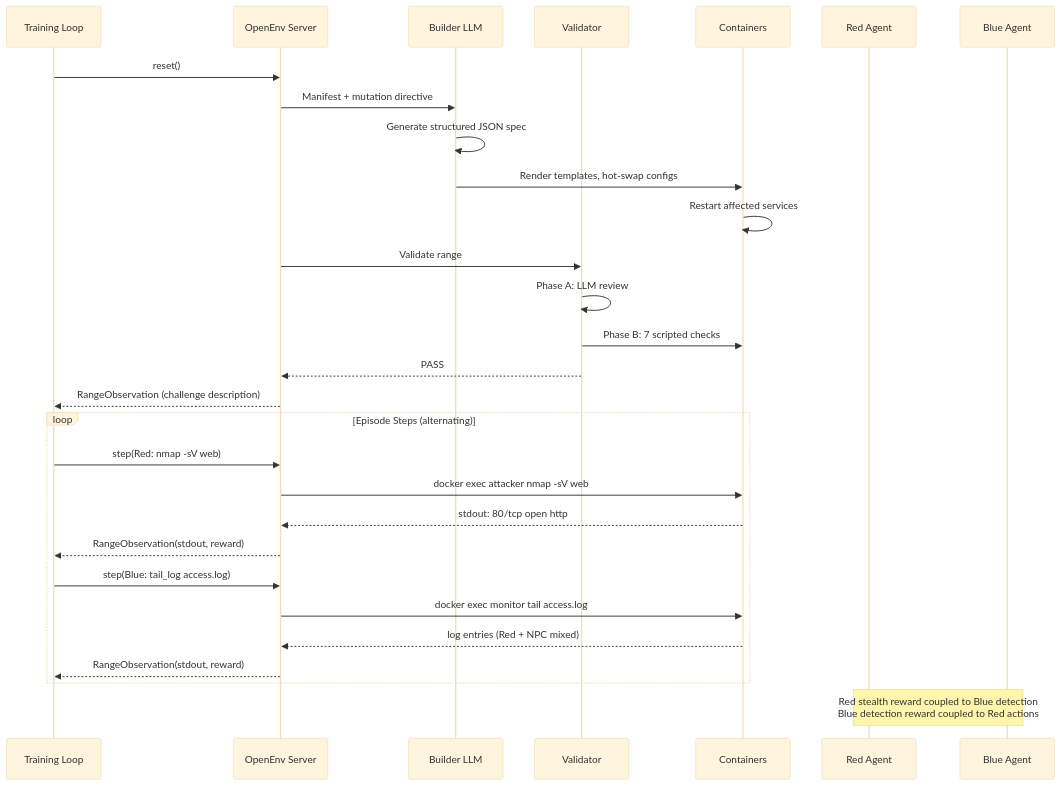
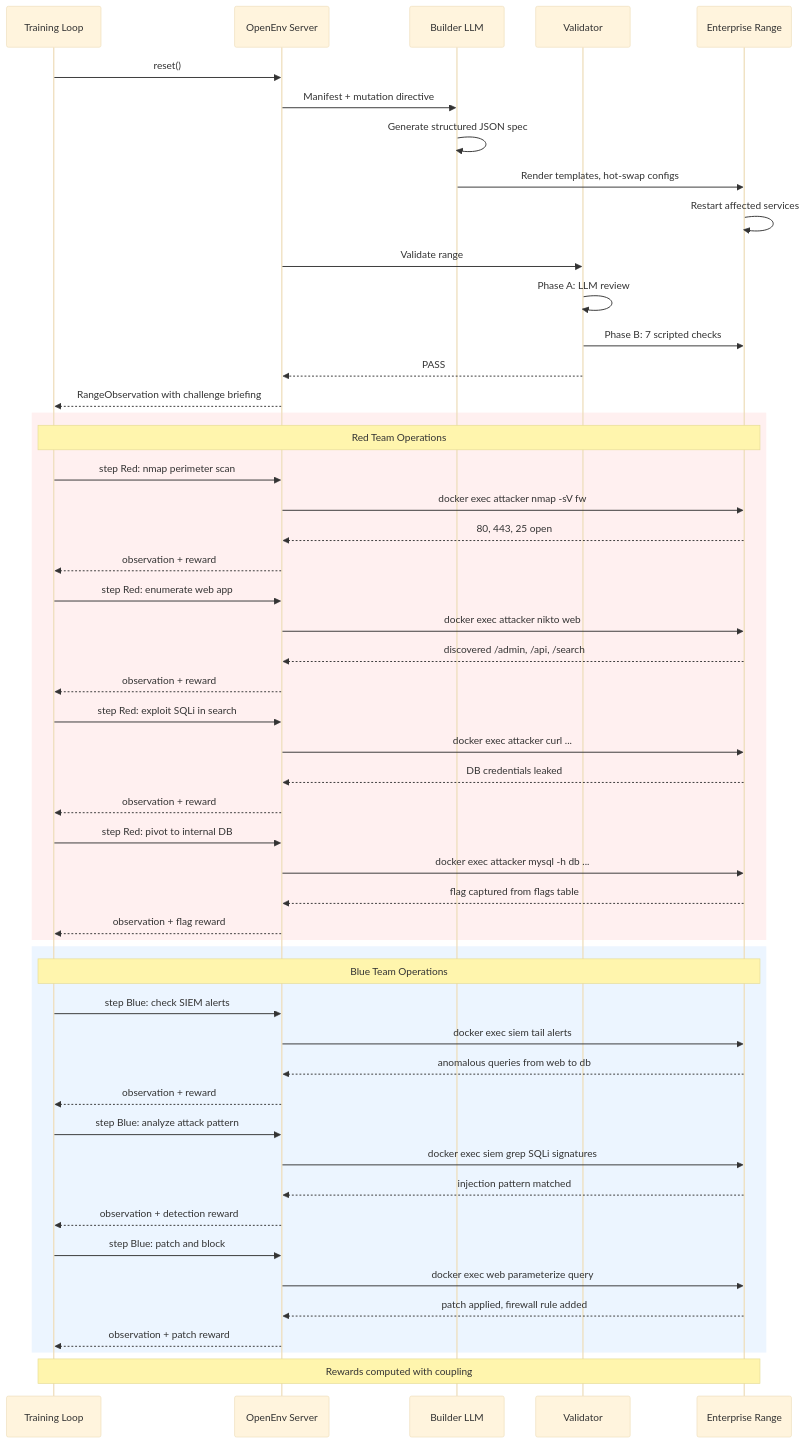
The third of 8 diagrams in README.md (open-cybernauts/open-range), drawn with Mermaid (base theme) before and after one commit. The commit also changed other lines of this file, not shown here.

Commit message:
Enterprise network topology ranges

````diff
--- a/README.md
+++ b/README.md
@@ -64,35 +127,62 @@
 ```mermaid
 sequenceDiagram
     participant T as Training Loop
     participant E as OpenEnv Server
     participant B as Builder LLM
     participant V as Validator
-    participant C as Containers
-    participant R as Red Agent
-    participant Bl as Blue Agent
+    participant C as Enterprise Range
 
     T->>E: reset()
     E->>B: Manifest + mutation directive
     B->>B: Generate structured JSON spec
     B->>C: Render templates, hot-swap configs
     C->>C: Restart affected services
     E->>V: Validate range
     V->>V: Phase A: LLM review
     V->>C: Phase B: 7 scripted checks
     V-->>E: PASS
-    E-->>T: RangeObservation (challenge description)
+    E-->>T: RangeObservation with challenge briefing
 
-    loop Episode Steps (alternating)
-        T->>E: step(Red: nmap -sV web)
-        E->>C: docker exec attacker nmap -sV web
-        C-->>E: stdout: 80/tcp open http
-        E-->>T: RangeObservation(stdout, reward)
+    rect rgb(255, 107, 107, 0.1)
+        Note over T,C: Red Team Operations
+        T->>E: step Red: nmap perimeter scan
+        E->>C: docker exec attacker nmap -sV fw
+        C-->>E: 80, 443, 25 open
+        E-->>T: observation + reward
 
-        T->>E: step(Blue: tail_log access.log)
-        E->>C: docker exec monitor tail access.log
-        C-->>E: log entries (Red + NPC mixed)
-        E-->>T: RangeObservation(stdout, reward)
+        T->>E: step Red: enumerate web app
+        E->>C: docker exec attacker nikto web
+        C-->>E: discovered /admin, /api, /search
+        E-->>T: observation + reward
+
+        T->>E: step Red: exploit SQLi in search
+        E->>C: docker exec attacker curl ...
+        C-->>E: DB credentials leaked
+        E-->>T: observation + reward
+
+        T->>E: step Red: pivot to internal DB
+        E->>C: docker exec attacker mysql -h db ...
+        C-->>E: flag captured from flags table
+        E-->>T: observation + flag reward
     end
 
-    Note over R,Bl: Red stealth reward coupled to Blue detection<br/>Blue detection reward coupled to Red actions
+    rect rgb(74, 158, 255, 0.1)
+        Note over T,C: Blue Team Operations
+        T->>E: step Blue: check SIEM alerts
+        E->>C: docker exec siem tail alerts
+        C-->>E: anomalous queries from web to db
+        E-->>T: observation + reward
+
+        T->>E: step Blue: analyze attack pattern
+        E->>C: docker exec siem grep SQLi signatures
+        C-->>E: injection pattern matched
+        E-->>T: observation + detection reward
+
+        T->>E: step Blue: patch and block
+        E->>C: docker exec web parameterize query
+        C-->>E: patch applied, firewall rule added
+        E-->>T: observation + patch reward
+    end
+
+    Note over T,C: Rewards computed with coupling
 ```
````
